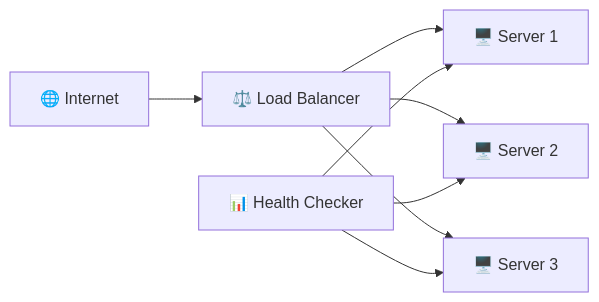
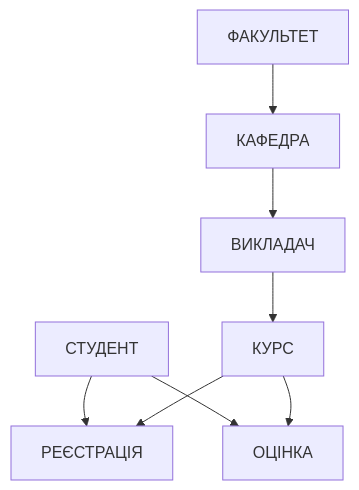
Before and after one commit to olroi421/course-bd: the second of 12 diagrams in docs/lectures/lecture-01.md, drawn with Mermaid. The commit also changed other lines of this file and 1 other file, not shown here.

````diff
--- a/docs/lectures/lecture-01.md
+++ b/docs/lectures/lecture-01.md
@@ -137,11 +107,11 @@
 ```mermaid
-graph LR
-    A[🌐 Internet] --> B[⚖️ Load Balancer]
-    B --> C[🖥️ Server 1]
-    B --> D[🖥️ Server 2]
-    B --> E[🖥️ Server 3]
+graph TD
+    A[СТУДЕНТ] --> B[РЕЄСТРАЦІЯ]
+    C[КУРС] --> B
+    D[ВИКЛАДАЧ] --> C
+    E[КАФЕДРА] --> D
+    F[ФАКУЛЬТЕТ] --> E
 
-    F[📊 Health Checker] --> C
-    F --> D
-    F --> E
+    A --> G[ОЦІНКА]
+    C --> G
 ```
````
